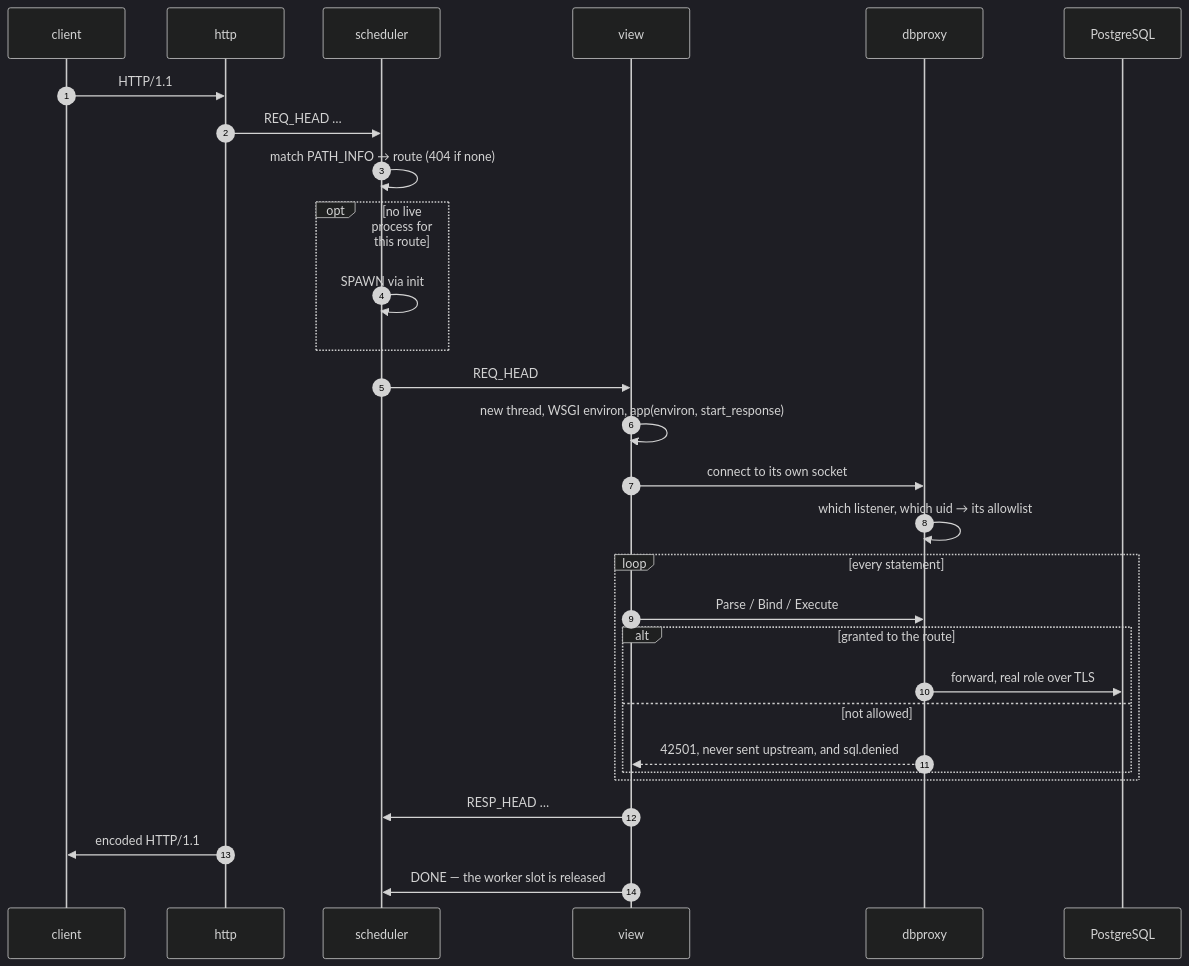
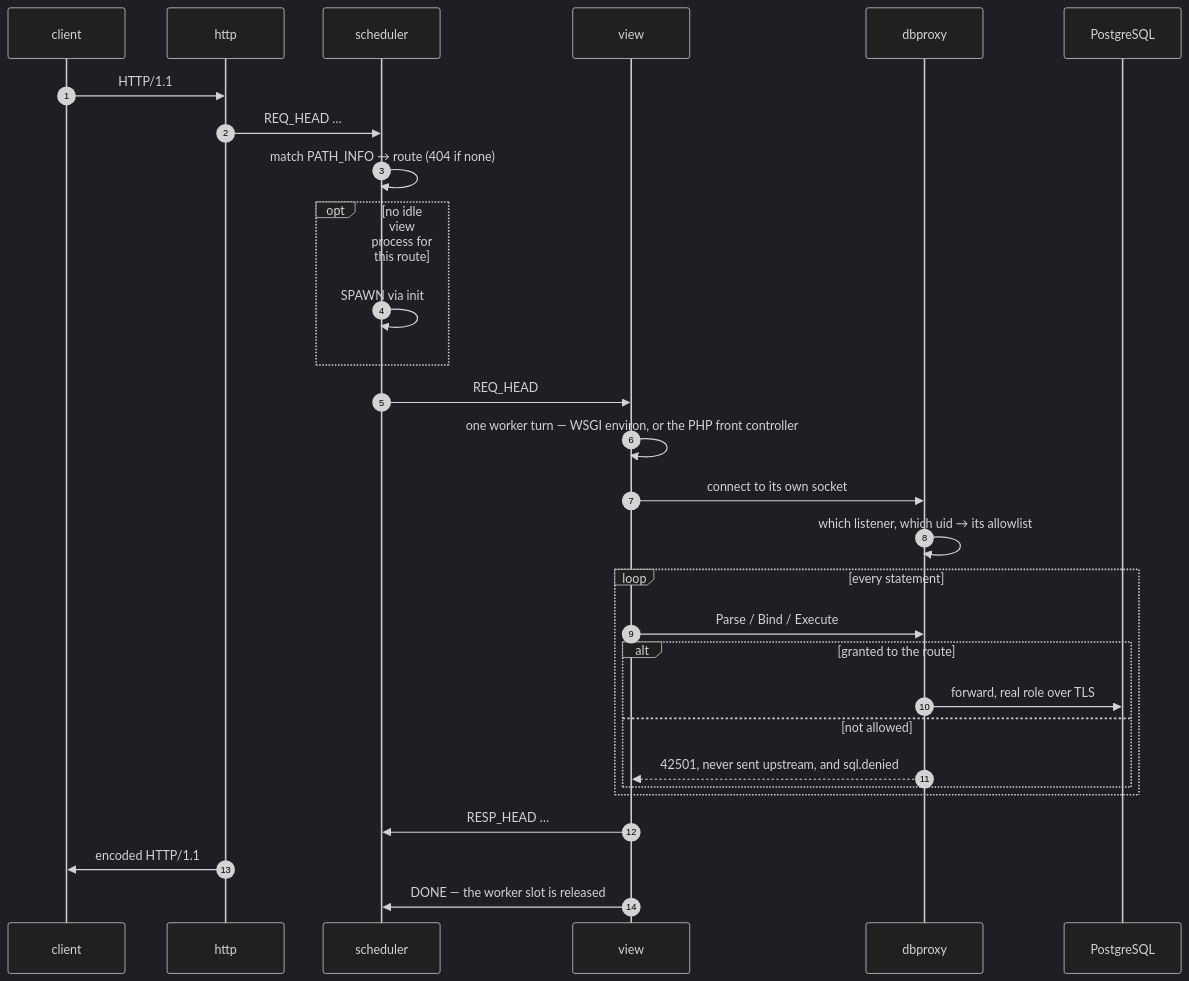
Before and after one commit to OffworldNexus/blastit: the second of 2 diagrams in docs/how-it-works.md, drawn with Mermaid (dark theme). The commit also changed other lines of this file and 2144 other files, not shown here.

````diff
--- a/docs/how-it-works.md
+++ b/docs/how-it-works.md
@@ -48,32 +54,32 @@
 ```mermaid
 sequenceDiagram
     autonumber
     participant C as client
     participant H as http
     participant S as scheduler
     participant V as view
     participant D as dbproxy
     participant P as PostgreSQL
 
     C->>H: HTTP/1.1
     H->>S: REQ_HEAD …
     S->>S: match PATH_INFO → route (404 if none)
-    opt no live process for this route
+    opt no idle view process for this route
         S->>S: SPAWN via init
     end
     S->>V: REQ_HEAD
-    V->>V: new thread, WSGI environ, app(environ, start_response)
+    V->>V: one worker turn — WSGI environ, or the PHP front controller
     V->>D: connect to its own socket
     D->>D: which listener, which uid → its allowlist
     loop every statement
         V->>D: Parse / Bind / Execute
         alt granted to the route
             D->>P: forward, real role over TLS
         else not allowed
             D-->>V: 42501, never sent upstream, and sql.denied
         end
     end
     V->>S: RESP_HEAD …
     H->>C: encoded HTTP/1.1
     V->>S: DONE — the worker slot is released
 ```
````
